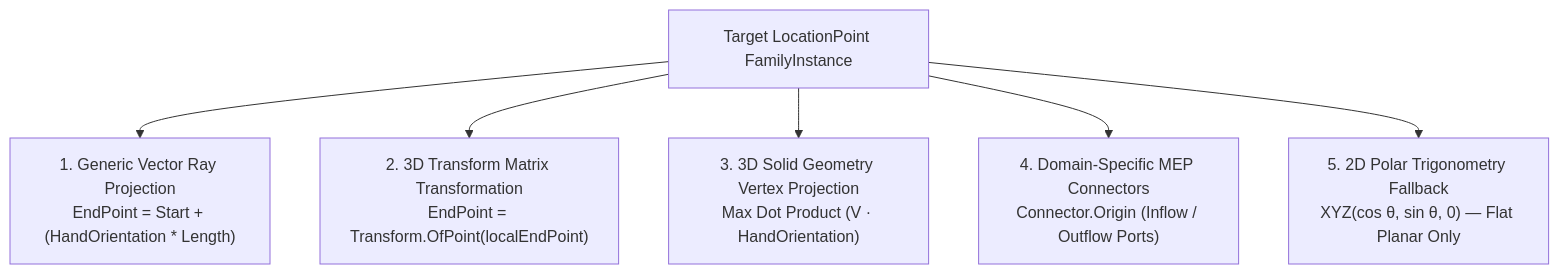
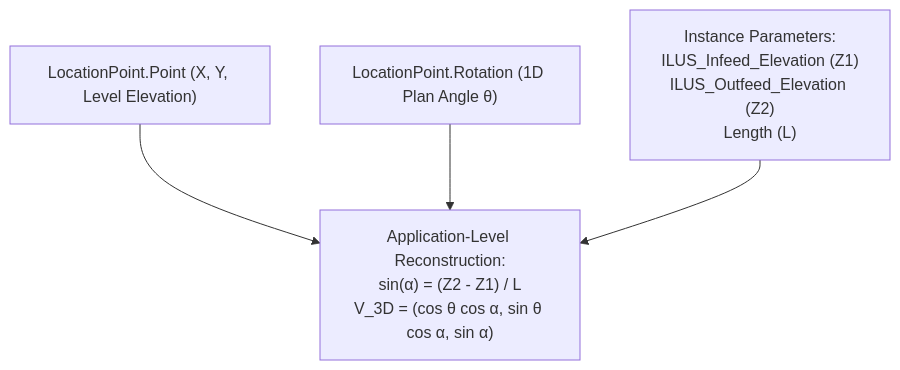
One commit to Mustafa-TOMMY/CommandSamplesRevitApiVer2025 changed the third of 6 diagrams in RevitApiSamples/Samples/Transform/Transform.md. Above: the diagram before and after it, drawn with Mermaid. The commit also changed other lines of this file and 2 other files, not shown here.

Commit message:
docs: rewrite Transform.md and System_vs_Loadable_Families_Comparison.md based on Revit 3D Spatial Vector & Family Placement Architecture

````diff
--- a/RevitApiSamples/Samples/Transform/Transform.md
+++ b/RevitApiSamples/Samples/Transform/Transform.md
@@ -79,8 +70,10 @@
 ```mermaid
 flowchart TD
-    Target["Target LocationPoint FamilyInstance"] --> M1["1. Generic Vector Ray Projection<br/>EndPoint = Start + (HandOrientation * Length)"]
-    Target --> M2["2. 3D Transform Matrix Transformation<br/>EndPoint = Transform.OfPoint(localEndPoint)"]
-    Target --> M3["3. 3D Solid Geometry Vertex Projection<br/>Max Dot Product (V · HandOrientation)"]
-    Target --> M4["4. Domain-Specific MEP Connectors<br/>Connector.Origin (Inflow / Outflow Ports)"]
-    Target --> M5["5. 2D Polar Trigonometry Fallback<br/>XYZ(cos θ, sin θ, 0) — Flat Planar Only"]
+    Origin["LocationPoint.Point (X, Y, Level Elevation)"]
+    Rot["LocationPoint.Rotation (1D Plan Angle θ)"]
+    Params["Instance Parameters:<br/>ILUS_Infeed_Elevation (Z1)<br/>ILUS_Outfeed_Elevation (Z2)<br/>Length (L)"]
+    
+    Origin --> Math["Application-Level Reconstruction:<br/>sin(α) = (Z2 - Z1) / L<br/>V_3D = (cos θ cos α, sin θ cos α, sin α)"]
+    Rot --> Math
+    Params --> Math
 ```
````
